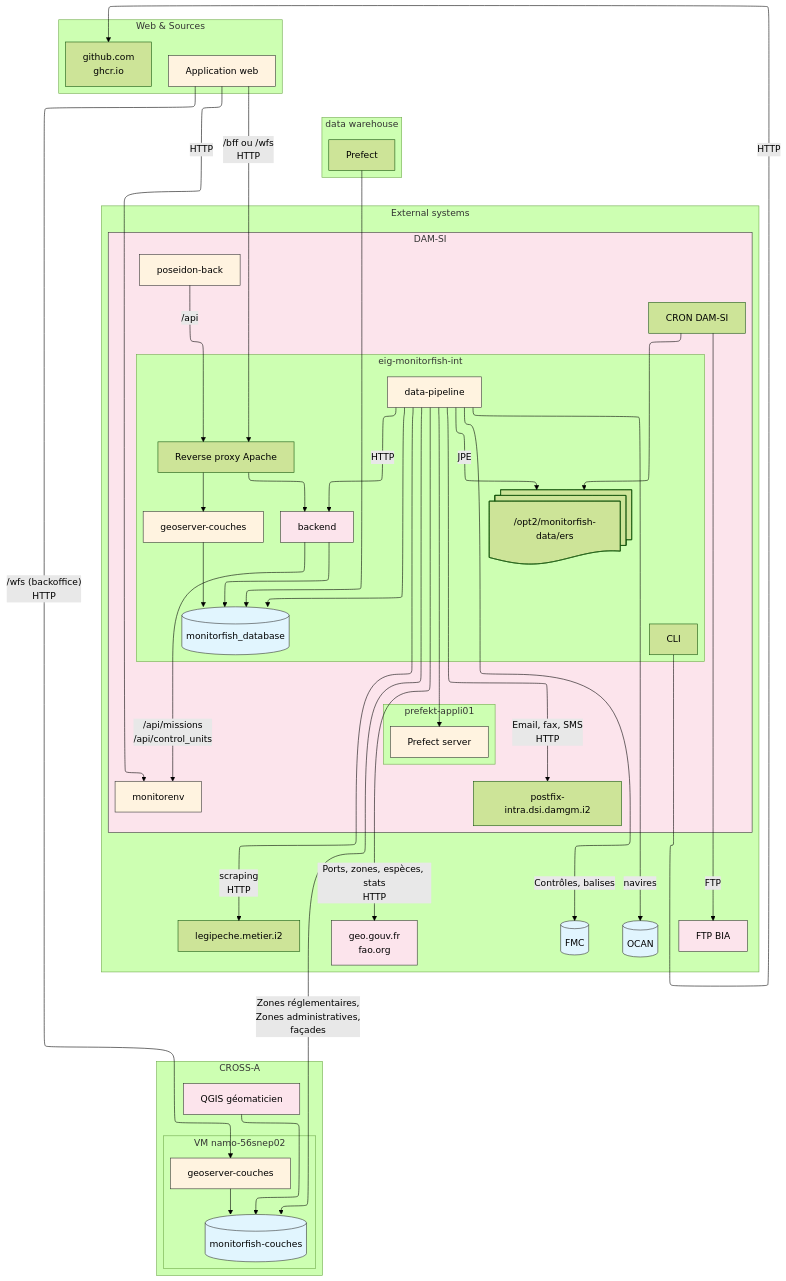
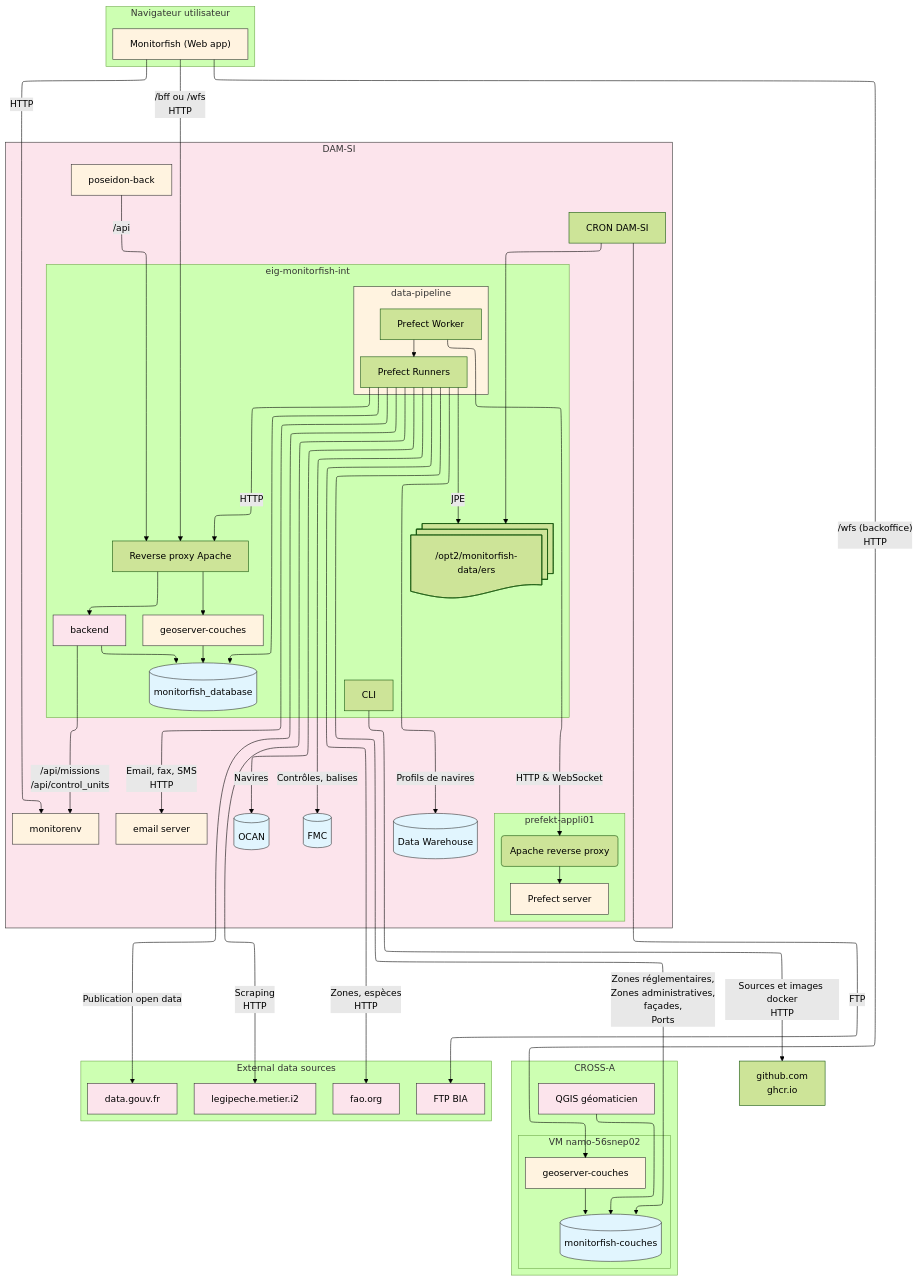
The diagram in infra/remote/architecture.md (MTES-MCT/monitorfish), drawn with Mermaid (forest theme) before and after one commit. The commit also changed 1 other file, not shown here.

Commit message:
Update architecture diagram

````diff
--- a/infra/remote/architecture.md
+++ b/infra/remote/architecture.md
@@ -4,9 +4,13 @@
   layout: elk
 ---
 flowchart TB
- subgraph Left["Web & Sources"]
-        App["Application web"]
-        Github["github.com<br>ghcr.io"]
+
+ subgraph Web["Navigateur utilisateur"]
+        App["Monitorfish (Web app)"]
+  end
+ subgraph Pipeline["data-pipeline"]
+    Worker["Prefect Worker"]
+    Runners["Prefect Runners"]
   end
  subgraph eig["eig-monitorfish-int"]
         Cli["CLI"]
@@ -19,10 +23,8 @@
         JPE@{ shape: docs}
   end
  subgraph Prefect["prefekt-appli01"]
+        PrefectApache("Apache reverse proxy")
         PrefectApp["Prefect server"]
-  end
- subgraph PrefectDataWarehouse["data warehouse"]
-        PrefectAppDataWarehouse["Prefect"]
   end
  subgraph CrossA["VM namo-56snep02"]
         CrossGeoserver["geoserver-couches"]
@@ -34,43 +36,48 @@
         Poseidon["poseidon-back"]
         Prefect
         CronJPE["CRON DAM-SI"]
-        Services["postfix-intra.dsi.damgm.i2"]
+        Services["email server"]
+        FMC[("FMC")]
+        Ocan[("OCAN")]
+        DW[("Data Warehouse")]
   end
  subgraph CROSSA["CROSS-A"]
         CrossA
         QGIS["QGIS géomaticien"]
   end
- subgraph Right["External systems"]
-        FMC[("FMC")]
+ subgraph external_systems["External data sources"]
         Legipeche["legipeche.metier.i2"]
-        Ocan[("OCAN")]
-        DAMSI
         BIA["FTP BIA"]
-        GeoData["geo.gouv.fr<br>fao.org"]
+        Datagouv["data.gouv.fr"]
+        FAO["fao.org"]
   end
     App -- /bff ou /wfs<br>HTTP --> Apache
     App -- HTTP --> Monitorenv
     App -- /wfs (backoffice)<br>HTTP --> CrossGeoserver
     Apache --> Backend & GeoserverC
-    Cli -- HTTP --> Github
+    Cli -- Sources et images docker<br>HTTP --> Github["github.com<br>ghcr.io"]
     Poseidon -- /api --> Apache
     Backend -- /api/missions<br>/api/control_units --> Monitorenv
     Backend --> DB
     GeoserverC --> DB
     CronJPE -- FTP --> BIA
     CronJPE --> JPE
-    Pipeline --> DB & PrefectApp
-    Pipeline -- JPE --> JPE
-    Pipeline -- scraping<br>HTTP --> Legipeche
-    Pipeline -- Contrôles, balises --> FMC
-    Pipeline -- navires --> Ocan
-    Pipeline -- HTTP --> Backend
-    Pipeline -- Email, fax, SMS<br>HTTP --> Services
-    Pipeline -- Ports, zones, espèces, stats<br>HTTP --> GeoData
+    Runners --> DB
+    Worker -- HTTP & WebSocket --> PrefectApache
+    Worker --> Runners
+    PrefectApache --> PrefectApp
+    Runners -- JPE --> JPE
+    Runners -- Scraping<br>HTTP --> Legipeche
+    Runners -- Contrôles, balises --> FMC
+    Runners -- Profils de navires --> DW
+    Runners -- Navires --> Ocan
+    Runners -- HTTP --> Apache
+    Runners -- Email, fax, SMS<br>HTTP --> Services
+    Runners -- Zones, espèces<br>HTTP --> FAO
+    Runners -- Publication open data --> Datagouv
     CrossGeoserver --> CrossDB
     QGIS --> CrossDB
-    PrefectAppDataWarehouse --> DB
-    Pipeline -- Zones réglementaires,<br>Zones administratives,<br>façades --> CrossDB
+    Runners -- Zones réglementaires,<br>Zones administratives,<br>façades,<br>Ports --> CrossDB
      App:::service
      Backend:::external
      GeoserverC:::service
@@ -79,17 +86,20 @@
      PrefectApp:::service
      CrossGeoserver:::service
      CrossDB:::db
+     DW:::db
      Monitorenv:::service
+     Services:::service
      Poseidon:::service
      QGIS:::external
      FMC:::db
      Ocan:::db
      DAMSI:::external
      BIA:::external
-     GeoData:::external
+     Datagouv:::external
+     Legipeche:::external
+     FAO:::external
     classDef server fill:#f9f9f9,stroke:#333,stroke-width:1px
     classDef db fill:#e1f5fe,stroke:#333,stroke-width:1px
     classDef service fill:#fff3e0,stroke:#333,stroke-width:1px
     classDef external fill:#fce4ec,stroke:#333,stroke-width:1px
-
 ```
````
